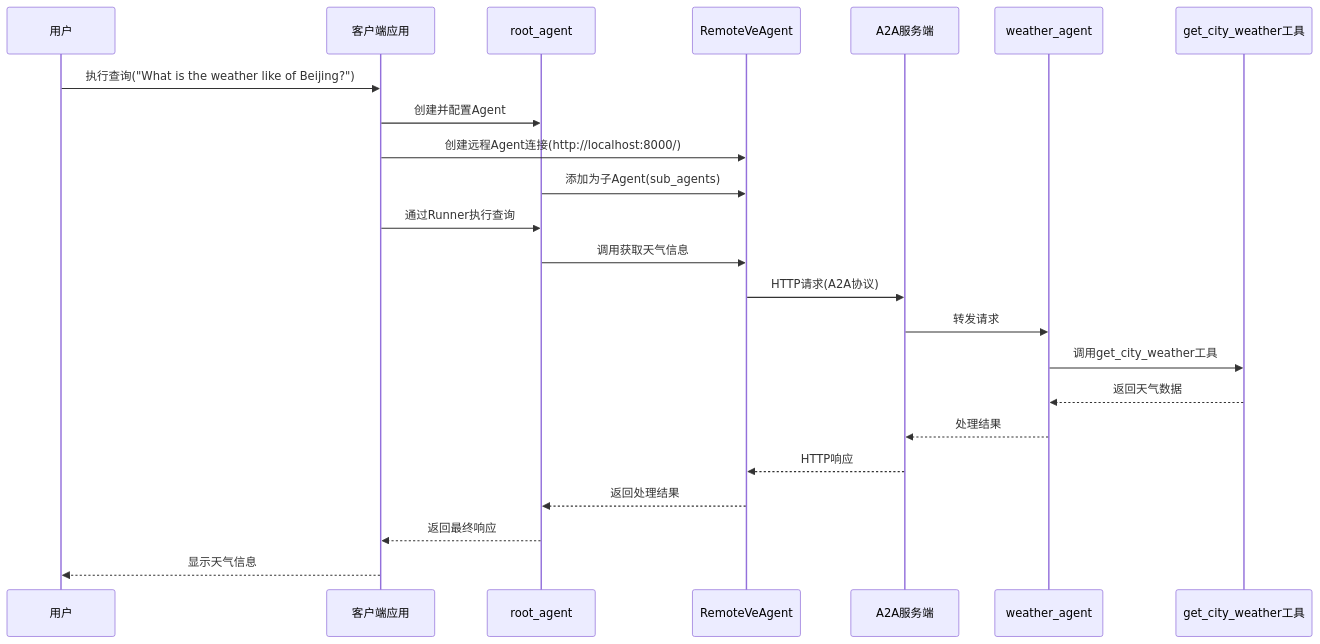
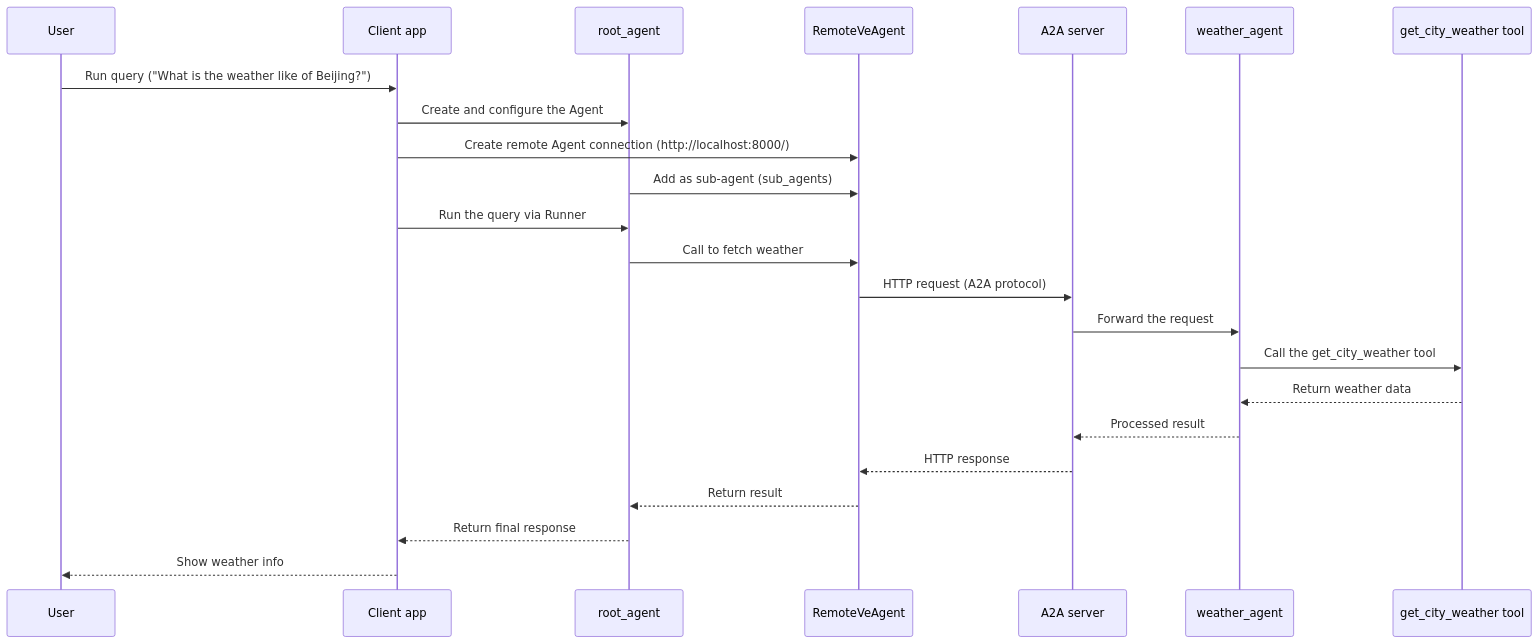
The second of 2 diagrams in docs/content/docs/framework/agent/multi-agent/a2a.en.mdx (volcengine/veadk-python), drawn with Mermaid before and after one commit. The commit also changed other lines of this file and 117 other files, not shown here.

````diff
--- a/docs/content/docs/framework/agent/multi-agent/a2a.en.mdx
+++ b/docs/content/docs/framework/agent/multi-agent/a2a.en.mdx
@@ -139,26 +139,26 @@
 ```mermaid
 sequenceDiagram
-    participant User as 用户
-    participant Client as 客户端应用
+    participant User as User
+    participant Client as Client app
     participant RootAgent as root_agent
     participant RemoteAgent as RemoteVeAgent
-    participant Server as A2A服务端
+    participant Server as A2A server
     participant WeatherAgent as weather_agent
-    participant WeatherTool as get_city_weather工具
+    participant WeatherTool as get_city_weather tool
 
-    User->>Client: 执行查询("What is the weather like of Beijing?")
-    Client->>RootAgent: 创建并配置Agent
-    Client->>RemoteAgent: 创建远程Agent连接(http://localhost:8000/)
-    RootAgent->>RemoteAgent: 添加为子Agent(sub_agents)
-    Client->>RootAgent: 通过Runner执行查询
-    RootAgent->>RemoteAgent: 调用获取天气信息
-    RemoteAgent->>Server: HTTP请求(A2A协议)
-    Server->>WeatherAgent: 转发请求
-    WeatherAgent->>WeatherTool: 调用get_city_weather工具
-    WeatherTool-->>WeatherAgent: 返回天气数据
-    WeatherAgent-->>Server: 处理结果
-    Server-->>RemoteAgent: HTTP响应
-    RemoteAgent-->>RootAgent: 返回处理结果
-    RootAgent-->>Client: 返回最终响应
-    Client-->>User: 显示天气信息
+    User->>Client: Run query ("What is the weather like of Beijing?")
+    Client->>RootAgent: Create and configure the Agent
+    Client->>RemoteAgent: Create remote Agent connection (http://localhost:8000/)
+    RootAgent->>RemoteAgent: Add as sub-agent (sub_agents)
+    Client->>RootAgent: Run the query via Runner
+    RootAgent->>RemoteAgent: Call to fetch weather
+    RemoteAgent->>Server: HTTP request (A2A protocol)
+    Server->>WeatherAgent: Forward the request
+    WeatherAgent->>WeatherTool: Call the get_city_weather tool
+    WeatherTool-->>WeatherAgent: Return weather data
+    WeatherAgent-->>Server: Processed result
+    Server-->>RemoteAgent: HTTP response
+    RemoteAgent-->>RootAgent: Return result
+    RootAgent-->>Client: Return final response
+    Client-->>User: Show weather info
 ```
````
